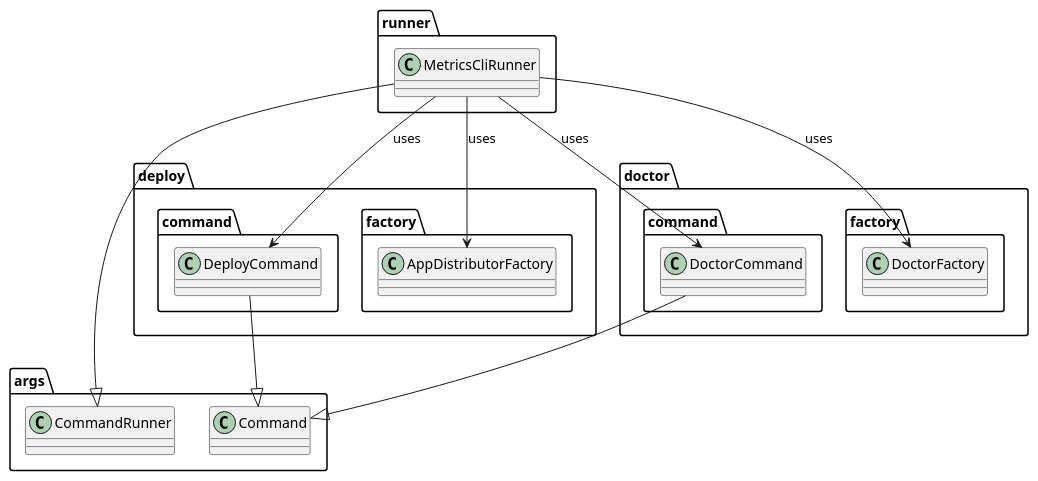
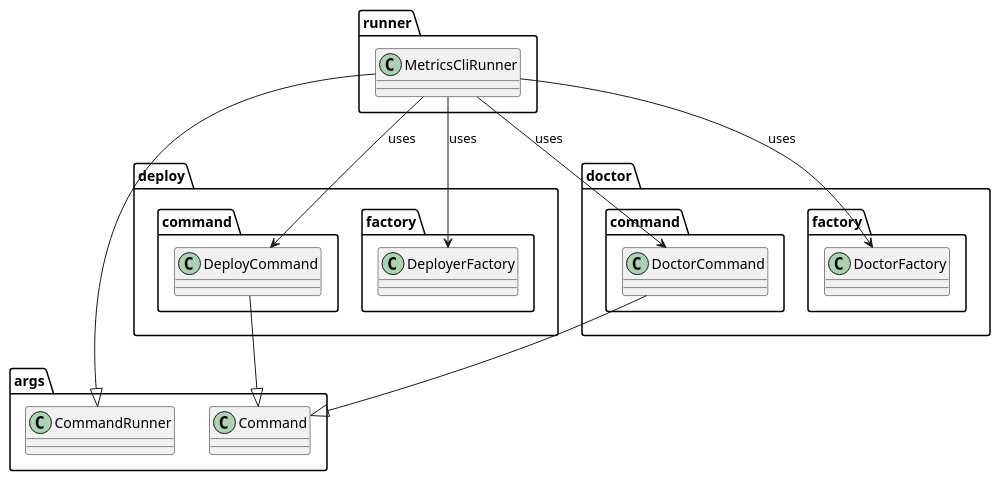
Before and after one commit to Flank/flank-dashboard: the diagram in metrics/cli/docs/diagrams/metrics_cli_runner_class_diagram.puml, drawn with PlantUML. The commit also changed 4 other files, not shown here.

Commit message:
Minor document and diagram improvements

```diff
--- a/metrics/cli/docs/diagrams/metrics_cli_runner_class_diagram.puml
+++ b/metrics/cli/docs/diagrams/metrics_cli_runner_class_diagram.puml
@@ -1,43 +1,43 @@
 @startuml metrics_cli_runner_class_diagram
 
 package args {
     class CommandRunner{}
     class Command {}
 }
 
 package runner {
     class MetricsCliRunner {}
 }
 
 package deploy {
     package command {
         class DeployCommand {}
     }
 
     package factory as deploy.factory{
-        class AppDistributorFactory {}
+        class DeployerFactory {}
     }
 }
 
 package doctor {
     package command as doctor.command {
         class DoctorCommand {}
     }
 
     package factory as doctor.factory {
         class DoctorFactory {}
     }
 }
 
 MetricsCliRunner --> DoctorCommand : uses
 MetricsCliRunner --> DeployCommand : uses
-MetricsCliRunner --> AppDistributorFactory : uses
+MetricsCliRunner --> DeployerFactory : uses
 MetricsCliRunner --> DoctorFactory : uses
 
 DeployCommand --|> Command
 DoctorCommand --|> Command
 
 MetricsCliRunner --|> CommandRunner
 
 
 @enduml
```
